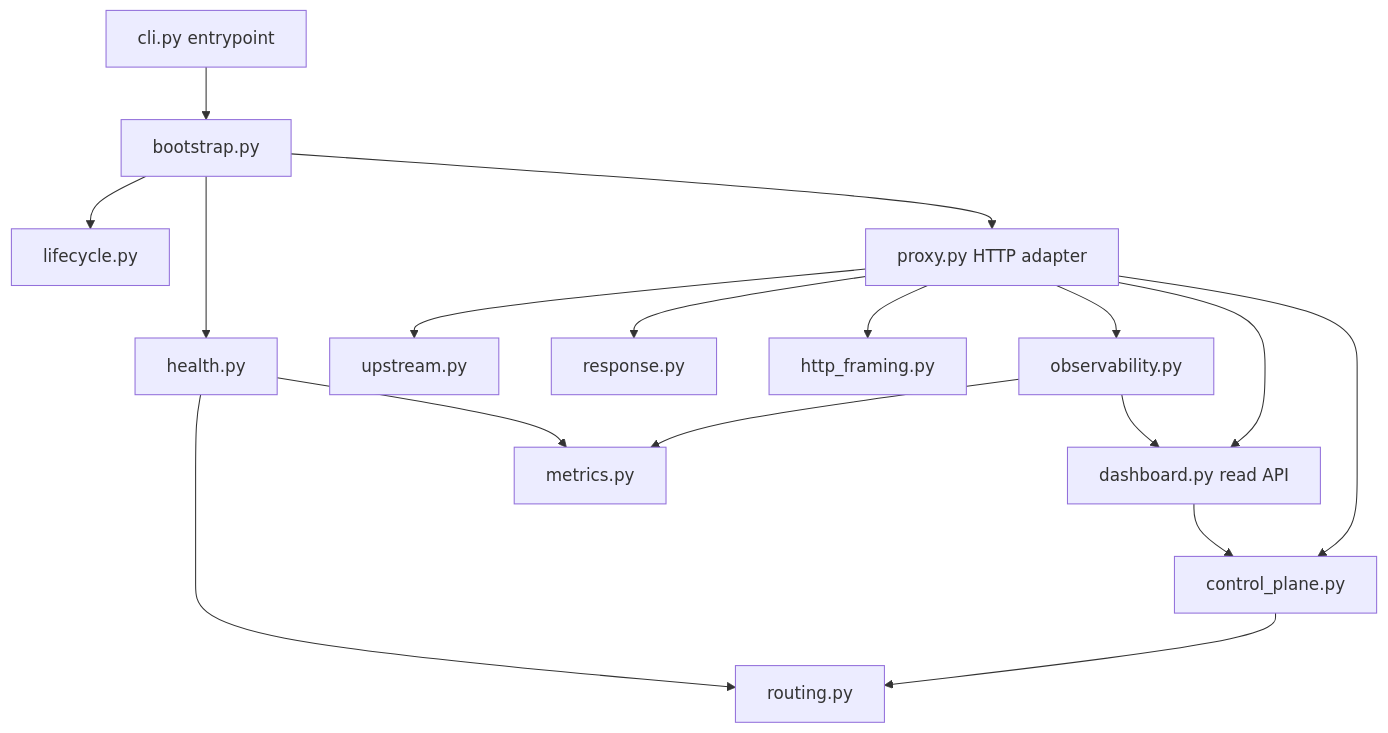
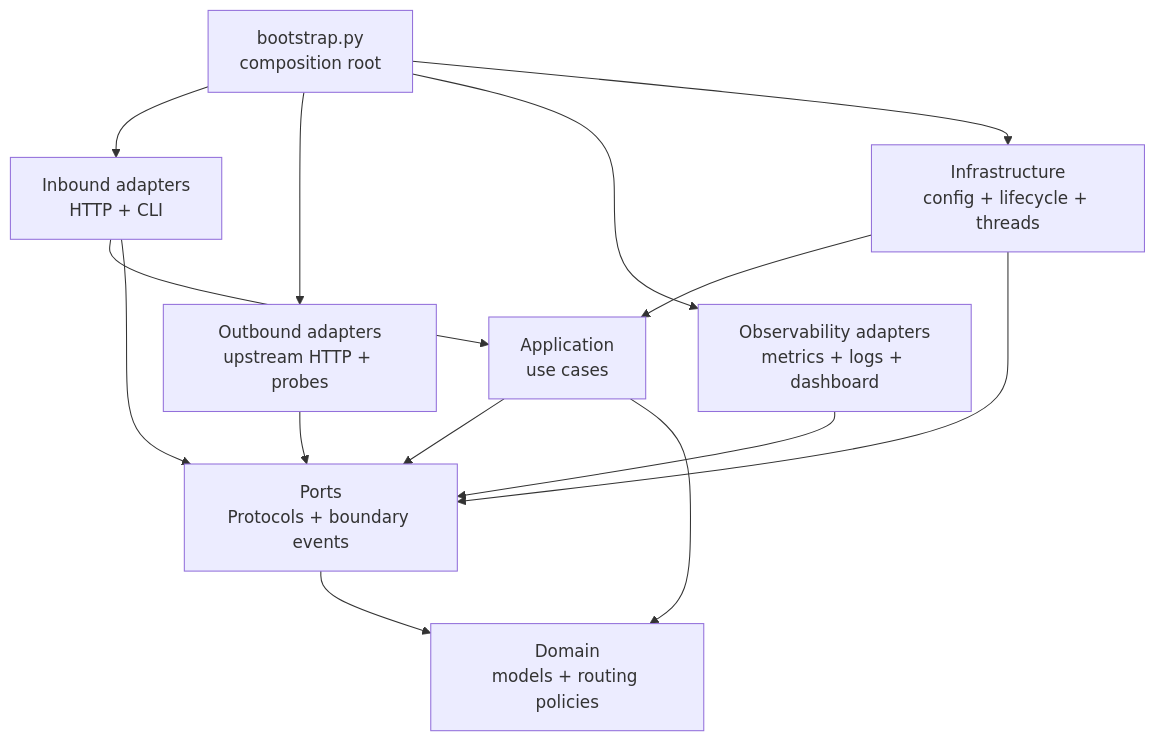
The first of 3 diagrams in ARCHITECTURE.md (RafaS92/LoadBalancer), drawn with Mermaid before and after one commit. The commit also changed other lines of this file and 60 other files, not shown here.

````diff
--- a/ARCHITECTURE.md
+++ b/ARCHITECTURE.md
@@ -7,19 +33,25 @@
 ```mermaid
 flowchart TD
-    CLI["cli.py entrypoint"] --> Composition["bootstrap.py"]
-    Composition --> Lifecycle["lifecycle.py"]
-    Composition --> Proxy["proxy.py HTTP adapter"]
-    Composition --> Health["health.py"]
-    Proxy --> Control["control_plane.py"]
-    Proxy --> Upstream["upstream.py"]
-    Proxy --> Response["response.py"]
-    Proxy --> Framing["http_framing.py"]
-    Proxy --> Observer["observability.py"]
-    Proxy --> Dashboard["dashboard.py read API"]
-    Control --> Routing["routing.py"]
-    Dashboard --> Control
-    Observer --> Dashboard
-    Health --> Routing
-    Observer --> Metrics["metrics.py"]
-    Health --> Metrics
+    Bootstrap["bootstrap.py<br/>composition root"]
+    Inbound["Inbound adapters<br/>HTTP + CLI"]
+    Outbound["Outbound adapters<br/>upstream HTTP + probes"]
+    Observe["Observability adapters<br/>metrics + logs + dashboard"]
+    Infra["Infrastructure<br/>config + lifecycle + threads"]
+    App["Application<br/>use cases"]
+    Ports["Ports<br/>Protocols + boundary events"]
+    Domain["Domain<br/>models + routing policies"]
+
+    Bootstrap --> Inbound
+    Bootstrap --> Outbound
+    Bootstrap --> Observe
+    Bootstrap --> Infra
+    Inbound --> App
+    Inbound --> Ports
+    Outbound --> Ports
+    Observe --> Ports
+    Infra --> App
+    Infra --> Ports
+    App --> Ports
+    App --> Domain
+    Ports --> Domain
 ```
````
